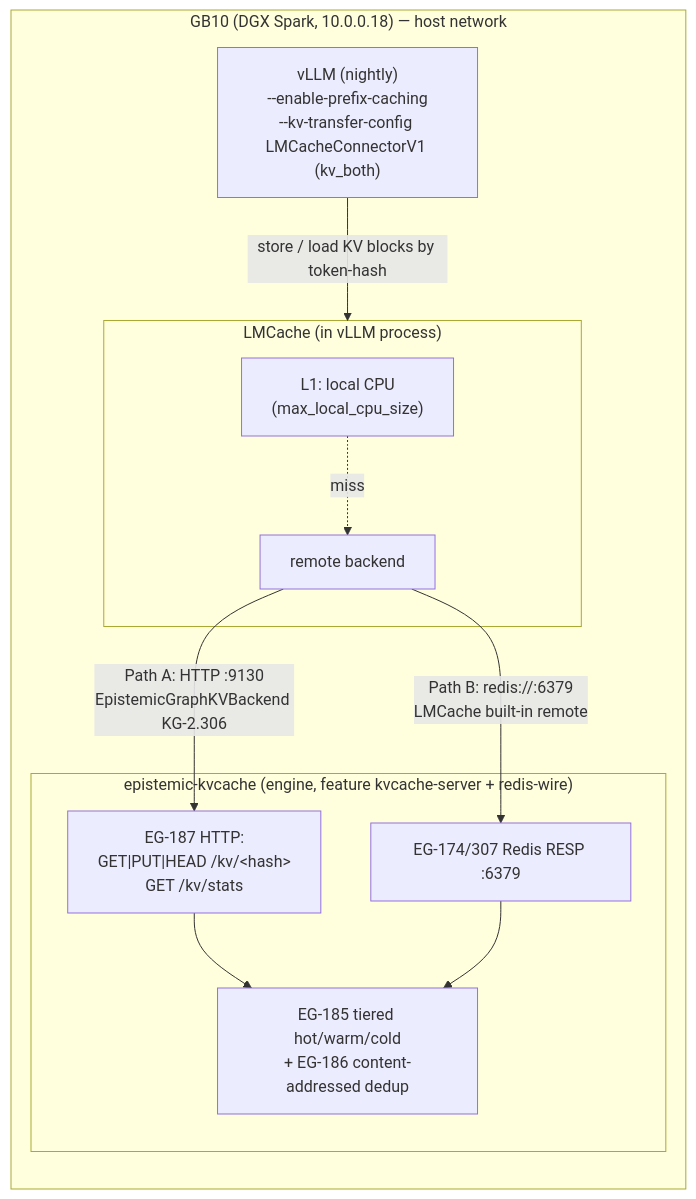
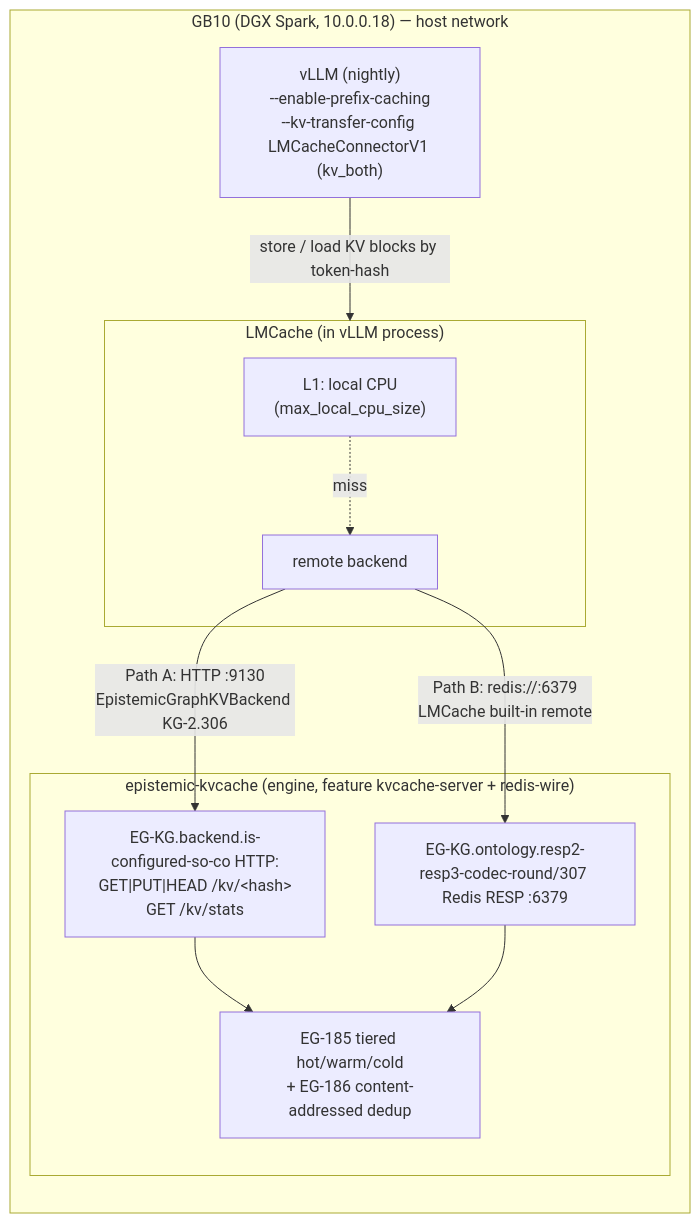
Before and after one commit to Knuckles-Team/agent-utilities: the diagram in docs/guides/kvcache-vllm-lmcache.md, drawn with Mermaid. The commit also changed other lines of this file and 2324 other files, not shown here.

````diff
--- a/docs/guides/kvcache-vllm-lmcache.md
+++ b/docs/guides/kvcache-vllm-lmcache.md
@@ -32,24 +32,24 @@
 ```mermaid
 flowchart LR
     subgraph GB10["GB10 (DGX Spark, 10.0.0.18) — host network"]
         direction TB
         vllm["vLLM (nightly)\n--enable-prefix-caching\n--kv-transfer-config LMCacheConnectorV1 (kv_both)"]
         subgraph lm["LMCache (in vLLM process)"]
             l1["L1: local CPU\n(max_local_cpu_size)"]
             remote["remote backend"]
         end
         vllm -->|store / load KV blocks by token-hash| lm
         l1 -. miss .-> remote
 
         subgraph egk["epistemic-kvcache (engine, feature kvcache-server + redis-wire)"]
-            http["EG-187 HTTP:\nGET|PUT|HEAD /kv/&lt;hash&gt;\nGET /kv/stats"]
-            resp["EG-174/307 Redis RESP :6379"]
+            http["EG-KG.backend.is-configured-so-co HTTP:\nGET|PUT|HEAD /kv/&lt;hash&gt;\nGET /kv/stats"]
+            resp["EG-KG.ontology.resp2-resp3-codec-round/307 Redis RESP :6379"]
             tier["EG-185 tiered hot/warm/cold\n+ EG-186 content-addressed dedup"]
             http --> tier
             resp --> tier
         end
 
         remote -->|Path A: HTTP :9130\nEpistemicGraphKVBackend KG-2.306| http
         remote -->|Path B: redis://:6379\nLMCache built-in remote| resp
     end
 ```
````
